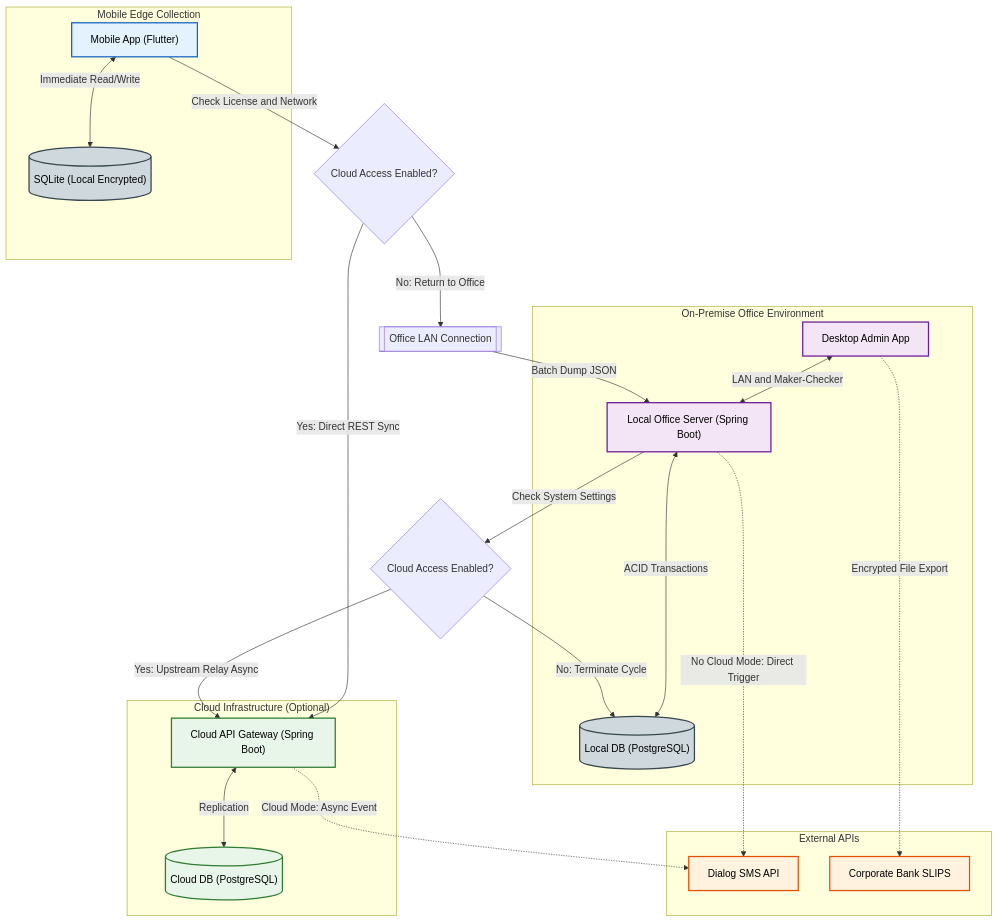
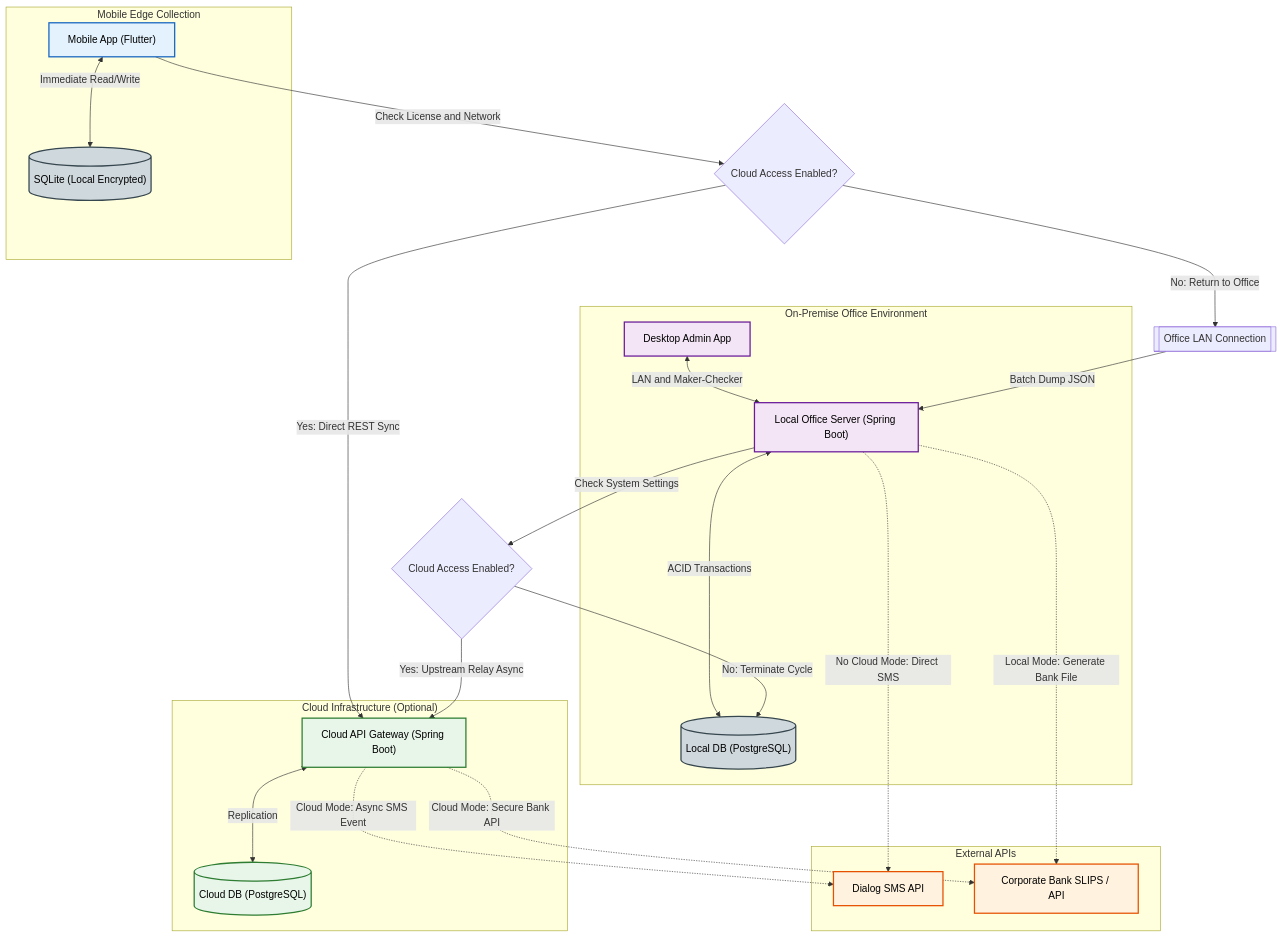
Before and after one commit to seng31242-tea-route-pay-2026/tea-collection-payment-system: the diagram in documents/sds/system-architecture.md, drawn with Mermaid. The commit also changed other lines of this file, not shown here.

Commit message:
fix(architecture): shift bank file generation to server-side for security
Corrected a security vulnerability in the architecture design. The Desktop client no longer generates the SLIPS/CEFTS banking export files. This responsibility has been shifted entirely to the Spring Boot backend to prevent client-side data tampering, ensure a single source of truth, and maintain a secure audit trail.

````diff
--- a/documents/sds/system-architecture.md
+++ b/documents/sds/system-architecture.md
@@ -15,47 +15,49 @@
 ```mermaid
 flowchart TD
     %% Define Styles with explicit black text for high contrast
     classDef mobile fill:#e3f2fd,stroke:#1565c0,stroke-width:2px,color:#000000;
     classDef office fill:#f3e5f5,stroke:#6a1b9a,stroke-width:2px,color:#000000;
     classDef cloud fill:#e8f5e9,stroke:#2e7d32,stroke-width:2px,color:#000000;
     classDef external fill:#fff3e0,stroke:#e65100,stroke-width:2px,color:#000000;
     classDef db fill:#cfd8dc,stroke:#37474f,stroke-width:2px,color:#000000;
 
     subgraph EdgeTier ["Mobile Edge Collection"]
         M["Mobile App (Flutter)"]:::mobile
         SQL[("SQLite (Local Encrypted)")]:::db
-        M <-->|Immediate Read/Write| SQL
+        M <-->|"Immediate Read/Write"| SQL
     end
 
     subgraph OfficeTier ["On-Premise Office Environment"]
         D["Desktop Admin App"]:::office
         OS["Local Office Server (Spring Boot)"]:::office
         LDB[("Local DB (PostgreSQL)")]:::db
-        D <-->|LAN and Maker-Checker| OS
-        OS <-->|ACID Transactions| LDB
+        D <-->|"LAN and Maker-Checker"| OS
+        OS <-->|"ACID Transactions"| LDB
     end
 
     subgraph CloudTier ["Cloud Infrastructure (Optional)"]
         CS["Cloud API Gateway (Spring Boot)"]:::cloud
         CDB[("Cloud DB (PostgreSQL)")]:::cloud
-        CS <-->|Replication| CDB
+        CS <-->|"Replication"| CDB
     end
 
     subgraph ExternalServices ["External APIs"]
         SMS["Dialog SMS API"]:::external
-        BANK["Corporate Bank SLIPS"]:::external
+        BANK["Corporate Bank SLIPS / API"]:::external
     end
 
-    M -->|Check License and Network| FLAG1{"Cloud Access Enabled?"}
-    FLAG1 -->|Yes: Direct REST Sync| CS
-    FLAG1 -->|No: Return to Office| LAN[["Office LAN Connection"]]
-    LAN -->|Batch Dump JSON| OS
+    M -->|"Check License and Network"| FLAG1{"Cloud Access Enabled?"}
+    FLAG1 -->|"Yes: Direct REST Sync"| CS
+    FLAG1 -->|"No: Return to Office"| LAN[["Office LAN Connection"]]
+    LAN -->|"Batch Dump JSON"| OS
 
-    OS -->|Check System Settings| FLAG2{"Cloud Access Enabled?"}
-    FLAG2 -->|Yes: Upstream Relay Async| CS
-    FLAG2 -->|No: Terminate Cycle| LDB
+    OS -->|"Check System Settings"| FLAG2{"Cloud Access Enabled?"}
+    FLAG2 -->|"Yes: Upstream Relay Async"| CS
+    FLAG2 -->|"No: Terminate Cycle"| LDB
 
-    OS -.->|No Cloud Mode: Direct Trigger| SMS
-    CS -.->|Cloud Mode: Async Event| SMS
-    D -.->|Encrypted File Export| BANK
+    %% External System Dispatches handled entirely by Backend
+    OS -.->|"No Cloud Mode: Direct SMS"| SMS
+    CS -.->|"Cloud Mode: Async SMS Event"| SMS
+    OS -.->|"Local Mode: Generate Bank File"| BANK
+    CS -.->|"Cloud Mode: Secure Bank API"| BANK
 ```
````
